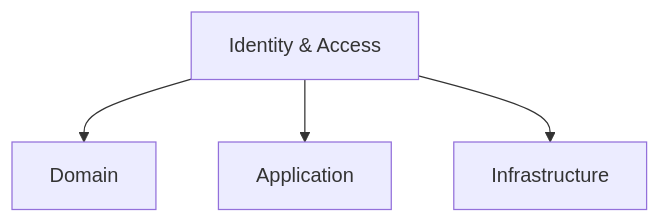
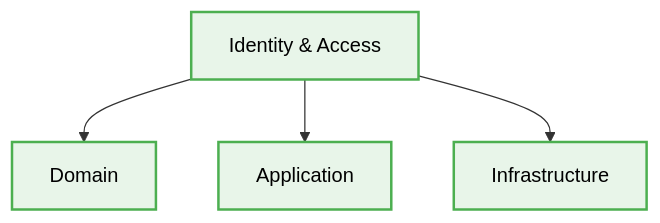
Before and after one commit to beginwebdev2002/best-practise: the sixth of 10 diagrams in architectures/readme.md, drawn with Mermaid. The commit also changed other lines of this file and 20 other files, not shown here.

First line of the commit message:
docs: update mermaid diagrams with UI/UX design tokens styling

````diff
--- a/architectures/readme.md
+++ b/architectures/readme.md
@@ -214,6 +269,16 @@
 ```mermaid
 graph TD
     Context1[Identity & Access] --> C1Domain[Domain]
     Context1 --> C1App[Application]
     Context1 --> C1Infra[Infrastructure]
+    %% Added Design Token Styles for Mermaid Diagrams
+    classDef default fill:#e1f5fe,stroke:#03a9f4,stroke-width:2px,color:#000;
+    classDef component fill:#e8f5e9,stroke:#4caf50,stroke-width:2px,color:#000;
+    classDef layout fill:#f3e5f5,stroke:#9c27b0,stroke-width:2px,color:#000;
+
+    class C1Infra component;
+    class C1Domain component;
+    class Context1 component;
+    class C1App component;
+
 ```
````
